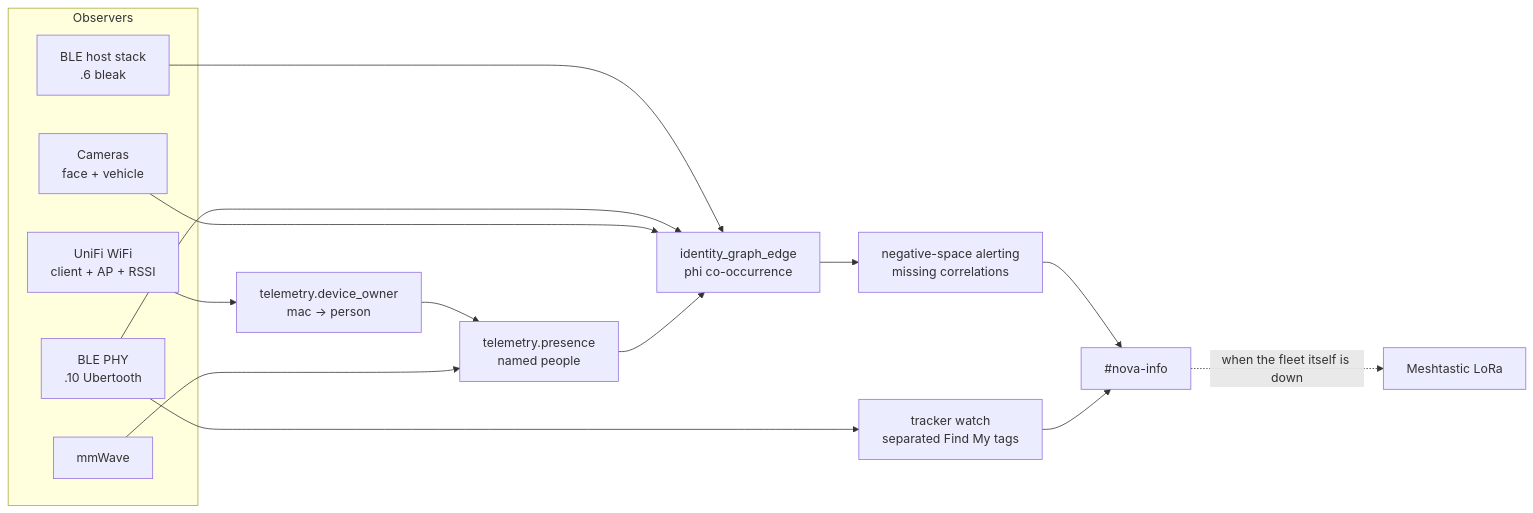
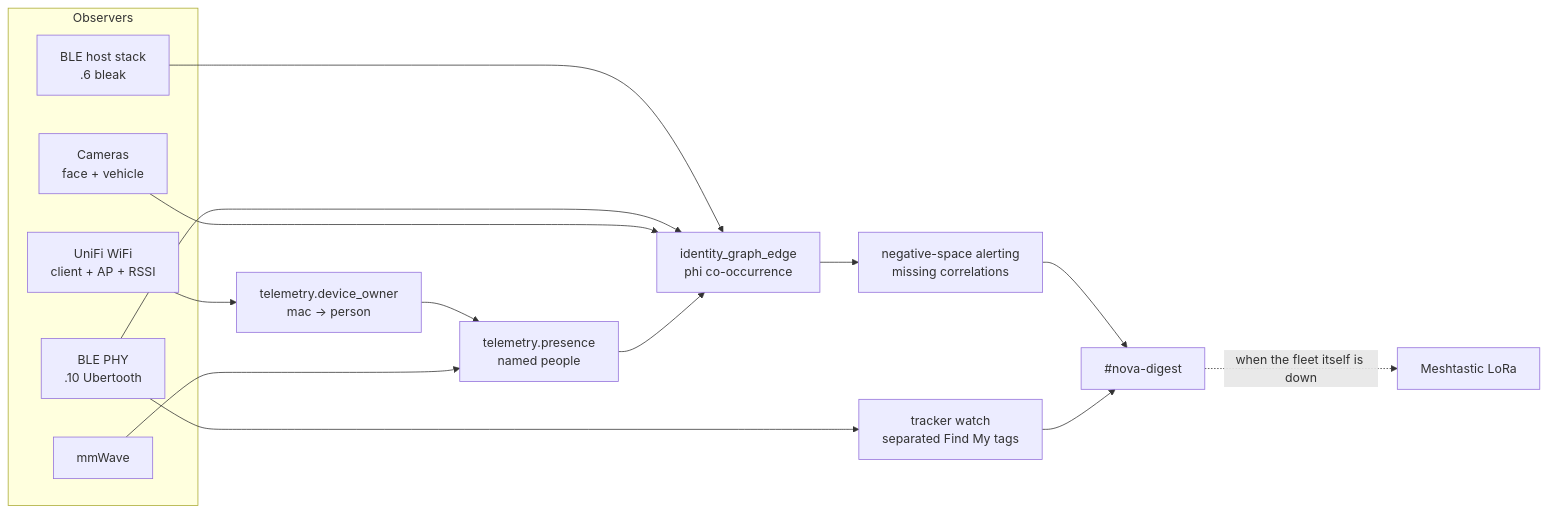
One commit to kochj23/nova changed diagram 21 of 27 in README.md. Above: the diagram before and after it, drawn with Mermaid. The commit also changed other lines of this file and 25 other files, not shown here.

````diff
--- a/README.md
+++ b/README.md
@@ -1569,22 +1684,22 @@
 ```mermaid
 flowchart LR
     subgraph Observers
         W[UniFi WiFi<br/>client + AP + RSSI]
         B[BLE host stack<br/>.6 bleak]
         P[BLE PHY<br/>.10 Ubertooth]
         C[Cameras<br/>face + vehicle]
         M[mmWave]
     end
     W --> ID[telemetry.device_owner<br/>mac -> person]
     B --> G[identity_graph_edge<br/>phi co-occurrence]
     P --> G
     C --> G
     ID --> PR[telemetry.presence<br/>named people]
     M --> PR
     PR --> G
     G --> NS[negative-space alerting<br/>missing correlations]
     P --> TR[tracker watch<br/>separated Find My tags]
-    NS --> A[#nova-info]
+    NS --> A["#nova-digest"]
     TR --> A
     A -.->|when the fleet itself is down| LORA[Meshtastic LoRa]
 ```
````
